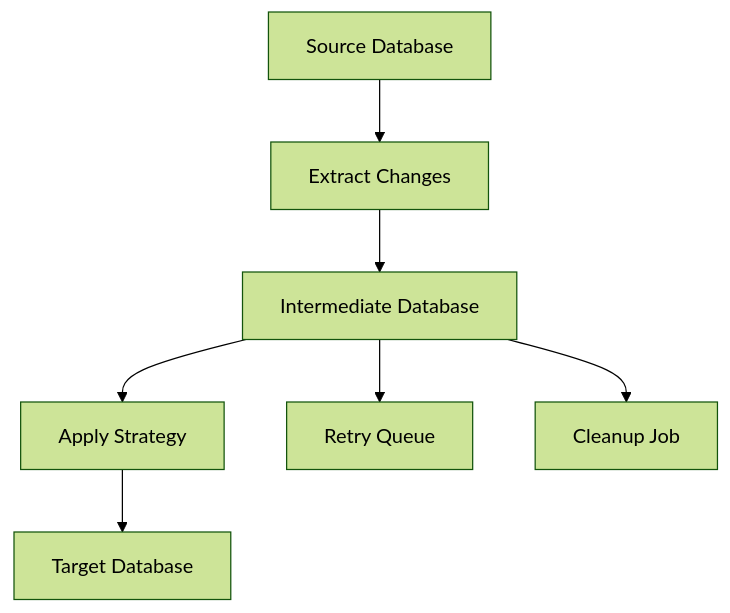
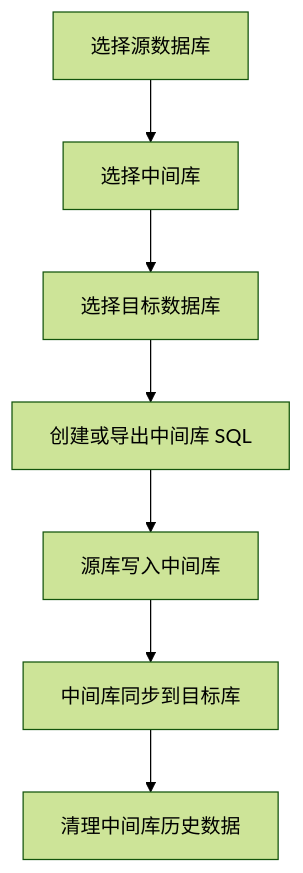
One commit to SamHub1991/FastData changed the third of 3 diagrams in .monkeycode/specs/项目需求2026年5月/design.md. Above: the diagram before and after it, drawn with Mermaid (forest theme). The commit also changed other lines of this file and 2 other files, not shown here.

````diff
--- a/.monkeycode/specs/项目需求2026年5月/design.md
+++ b/.monkeycode/specs/项目需求2026年5月/design.md
@@ -124,9 +166,9 @@
 ```mermaid
 graph TD
-    A["Source Database"] --> B["Extract Changes"]
-    B --> C["Intermediate Database"]
-    C --> D["Apply Strategy"]
-    D --> E["Target Database"]
-    C --> F["Retry Queue"]
-    C --> G["Cleanup Job"]
+    A["选择源数据库"] --> B["选择中间库"]
+    B --> C["选择目标数据库"]
+    C --> D["创建或导出中间库 SQL"]
+    D --> E["源库写入中间库"]
+    E --> F["中间库同步到目标库"]
+    F --> G["清理中间库历史数据"]
 ```
````
